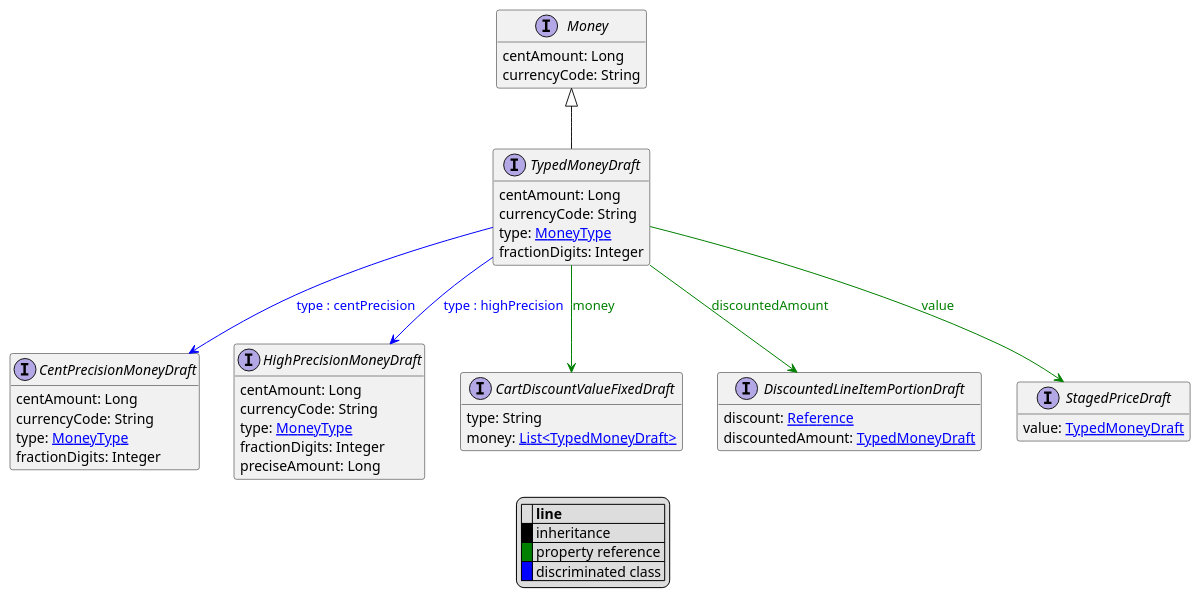
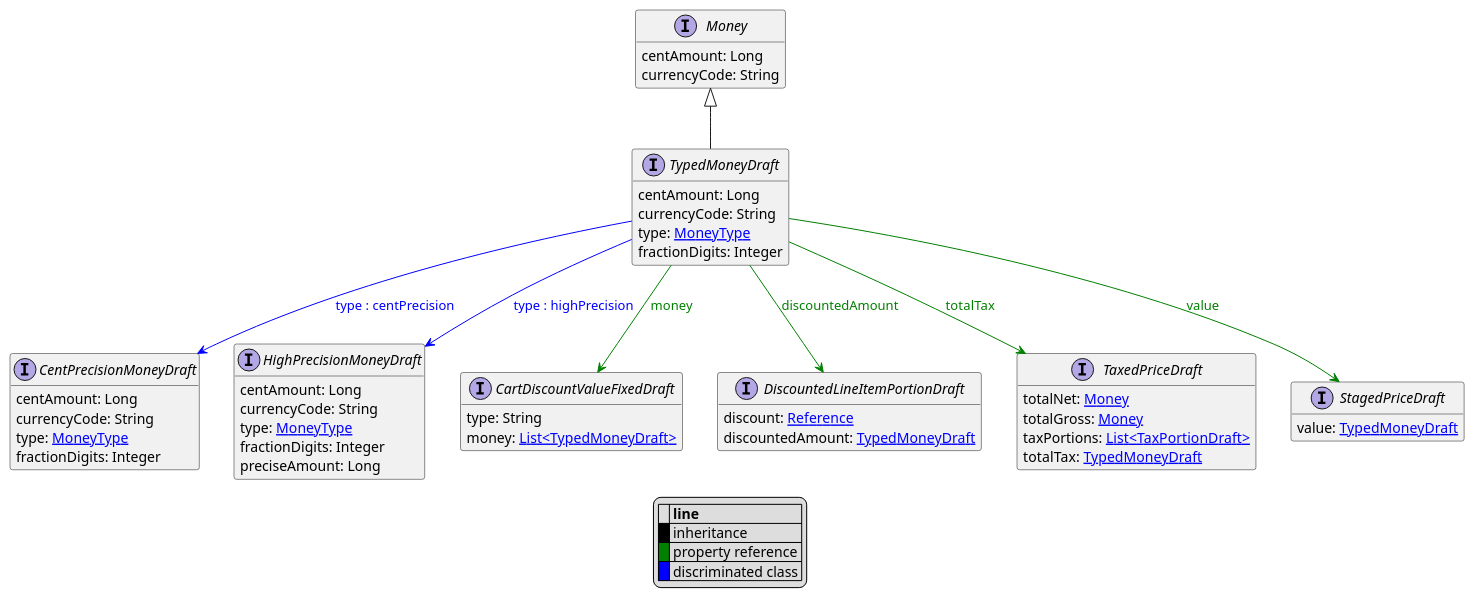
One commit to commercetools/commercetools-api-reference changed the diagram in uml/api/TypedMoneyDraft.puml. Above: the diagram before and after it, drawn with PlantUML. The commit also changed 8 other files, not shown here.

```diff
--- a/uml/api/TypedMoneyDraft.puml
+++ b/uml/api/TypedMoneyDraft.puml
@@ -1,51 +1,58 @@
 @startuml
 
 hide empty fields
 hide empty methods
 legend
 |= |= line |
 |<back:black>   </back>| inheritance |
 |<back:green>   </back>| property reference |
 |<back:blue>   </back>| discriminated class |
 endlegend
 interface TypedMoneyDraft [[TypedMoneyDraft.svg]] extends Money {
     centAmount: Long
     currencyCode: String
     type: [[MoneyType.svg MoneyType]]
     fractionDigits: Integer
 }
 interface Money [[Money.svg]]  {
     centAmount: Long
     currencyCode: String
 }
 
 interface CentPrecisionMoneyDraft [[CentPrecisionMoneyDraft.svg]]  {
     centAmount: Long
     currencyCode: String
     type: [[MoneyType.svg MoneyType]]
     fractionDigits: Integer
 }
 interface HighPrecisionMoneyDraft [[HighPrecisionMoneyDraft.svg]]  {
     centAmount: Long
     currencyCode: String
     type: [[MoneyType.svg MoneyType]]
     fractionDigits: Integer
     preciseAmount: Long
 }
 interface CartDiscountValueFixedDraft [[CartDiscountValueFixedDraft.svg]]  {
     type: String
     money: [[TypedMoneyDraft.svg List<TypedMoneyDraft>]]
 }
 interface DiscountedLineItemPortionDraft [[DiscountedLineItemPortionDraft.svg]]  {
     discount: [[Reference.svg Reference]]
     discountedAmount: [[TypedMoneyDraft.svg TypedMoneyDraft]]
 }
+interface TaxedPriceDraft [[TaxedPriceDraft.svg]]  {
+    totalNet: [[Money.svg Money]]
+    totalGross: [[Money.svg Money]]
+    taxPortions: [[TaxPortionDraft.svg List<TaxPortionDraft>]]
+    totalTax: [[TypedMoneyDraft.svg TypedMoneyDraft]]
+}
 interface StagedPriceDraft [[StagedPriceDraft.svg]]  {
     value: [[TypedMoneyDraft.svg TypedMoneyDraft]]
 }
 TypedMoneyDraft --> CentPrecisionMoneyDraft #blue;text:blue : "type : centPrecision"
 TypedMoneyDraft --> HighPrecisionMoneyDraft #blue;text:blue : "type : highPrecision"
 TypedMoneyDraft --> CartDiscountValueFixedDraft #green;text:green : "money"
 TypedMoneyDraft --> DiscountedLineItemPortionDraft #green;text:green : "discountedAmount"
+TypedMoneyDraft --> TaxedPriceDraft #green;text:green : "totalTax"
 TypedMoneyDraft --> StagedPriceDraft #green;text:green : "value"
 @enduml
```
